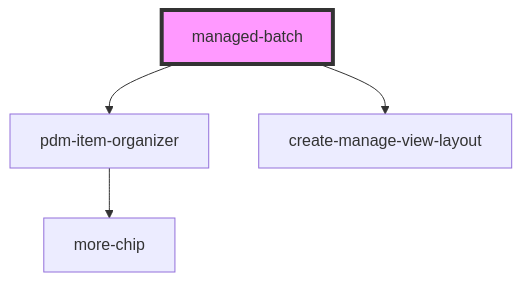
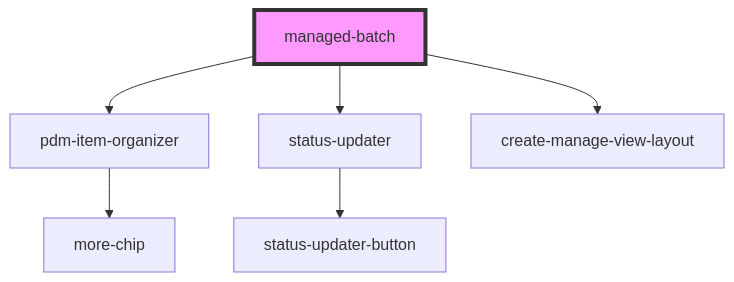
The diagram in pdm-web-components/src/components/managed-batch/readme.md (PharmaLedger-IMI/fgt-workspace), drawn with Mermaid before and after one commit. The commit also changed other lines of this file and 16 other files, not shown here.

Commit message:
refs #40 - updates batchManager to properly handle status. updates batch web components. adds status badge

````diff
--- a/pdm-web-components/src/components/managed-batch/readme.md
+++ b/pdm-web-components/src/components/managed-batch/readme.md
@@ -66,7 +68,9 @@
 ```mermaid
 graph TD;
   managed-batch --> pdm-item-organizer
+  managed-batch --> status-updater
   managed-batch --> create-manage-view-layout
   pdm-item-organizer --> more-chip
+  status-updater --> status-updater-button
   style managed-batch fill:#f9f,stroke:#333,stroke-width:4px
 ```
````
